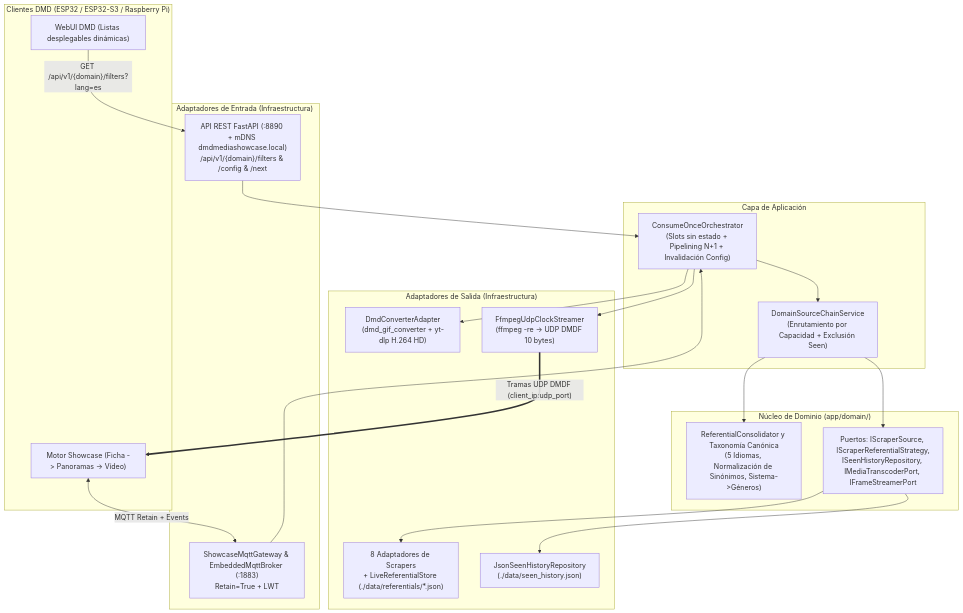
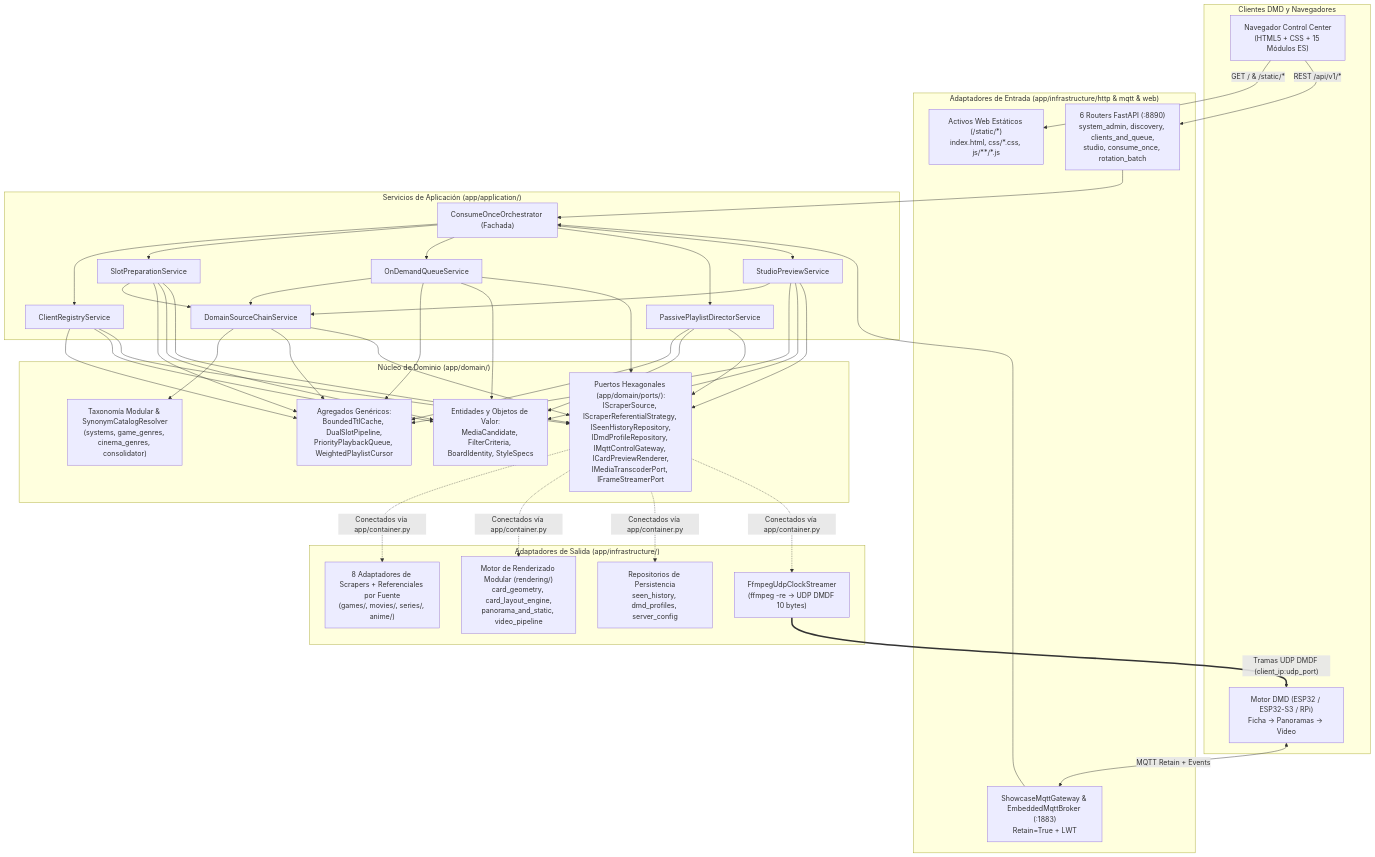
The diagram in docs/ARCHITECTURE_ES.md (red77290/dmd_media_showcase), drawn with Mermaid before and after one commit. The commit also changed other lines of this file and 109 other files, not shown here.

````diff
--- a/docs/ARCHITECTURE_ES.md
+++ b/docs/ARCHITECTURE_ES.md
@@ -12,42 +18,49 @@
 ```mermaid
 flowchart TD
-    subgraph DMD["Clientes DMD (ESP32 / ESP32-S3 / Raspberry Pi)"]
-        WUI["WebUI DMD (Listas desplegables dinámicas)"]
-        ENG["Motor Showcase (Ficha -> Panoramas -> Vídeo)"]
+    subgraph DMD["Clientes DMD y Navegadores"]
+        BROWSER["Navegador Control Center\n(HTML5 + CSS + 15 Módulos ES)"]
+        ENG["Motor DMD (ESP32 / ESP32-S3 / RPi)\nFicha -> Panoramas -> Vídeo"]
     end
 
-    subgraph INFRA_IN["Adaptadores de Entrada (Infraestructura)"]
-        HTTP["API REST FastAPI (:8890 + mDNS dmdmediashowcase.local)\n/api/v1/{domain}/filters & /config & /next"]
+    subgraph INFRA_IN["Adaptadores de Entrada (app/infrastructure/http & mqtt & web)"]
+        ROUTERS["6 Routers FastAPI (:8890)\nsystem_admin, discovery, clients_and_queue,\nstudio, consume_once, rotation_batch"]
+        STATIC["Activos Web Estáticos (/static/*)\nindex.html, css/*.css, js/**/*.js"]
         MQTT["ShowcaseMqttGateway & EmbeddedMqttBroker (:1883)\nRetain=True + LWT"]
     end
 
-    subgraph APP["Capa de Aplicación"]
-        ORCH["ConsumeOnceOrchestrator\n(Slots sin estado + Pipelining N+1 + Invalidación Config)"]
-        CHAIN["DomainSourceChainService\n(Enrutamiento por Capacidad + Exclusión Seen)"]
+    subgraph APP["Servicios de Aplicación (app/application/)"]
+        ORCH["ConsumeOnceOrchestrator (Fachada)"]
+        REG_SVC["ClientRegistryService"]
+        PREP_SVC["SlotPreparationService"]
+        QUEUE_SVC["OnDemandQueueService"]
+        DIR_SVC["PassivePlaylistDirectorService"]
+        STUDIO_SVC["StudioPreviewService"]
+        CHAIN["DomainSourceChainService"]
     end
 
     subgraph DOMAIN["Núcleo de Dominio (app/domain/)"]
-        TAX["ReferentialConsolidator y Taxonomía Canónica\n(5 Idiomas, Normalización de Sinónimos, Sistema->Géneros)"]
-        PORTS["Puertos: IScraperSource, IScraperReferentialStrategy,\nISeenHistoryRepository, IMediaTranscoderPort, IFrameStreamerPort"]
+        AGG["Agregados Genéricos:\nBoundedTtlCache, DualSlotPipeline,\nPriorityPlaybackQueue, WeightedPlaylistCursor"]
+        TAX["Taxonomía Modular & SynonymCatalogResolver\n(systems, game_genres, cinema_genres, consolidator)"]
+        VO["Entidades y Objetos de Valor:\nMediaCandidate, FilterCriteria, BoardIdentity, StyleSpecs"]
+        PORTS["Puertos Hexagonales (app/domain/ports/):\nIScraperSource, IScraperReferentialStrategy, ISeenHistoryRepository,\nIDmdProfileRepository, IMqttControlGateway, ICardPreviewRenderer,\nIMediaTranscoderPort, IFrameStreamerPort"]
     end
 
-    subgraph INFRA_OUT["Adaptadores de Salida (Infraestructura)"]
-        SCRAPERS["8 Adaptadores de Scrapers\n+ LiveReferentialStore (./data/referentials/*.json)"]
-        SEEN["JsonSeenHistoryRepository\n(./data/seen_history.json)"]
-        CONV["DmdConverterAdapter\n(dmd_gif_converter + yt-dlp H.264 HD)"]
+    subgraph INFRA_OUT["Adaptadores de Salida (app/infrastructure/)"]
+        SCRAPERS["8 Adaptadores de Scrapers + Referenciales por Fuente\n(games/, movies/, series/, anime/)"]
+        RENDER["Motor de Renderizado Modular (rendering/)\ncard_geometry, card_layout_engine,\npanorama_and_static, video_pipeline"]
+        PERSIST["Repositorios de Persistencia\nseen_history, dmd_profiles, server_config"]
         UDP["FfmpegUdpClockStreamer\n(ffmpeg -re -> UDP DMDF 10 bytes)"]
     end
 
-    WUI -->|"GET /api/v1/{domain}/filters?lang=es"| HTTP
+    BROWSER -->|"GET / & /static/*"| STATIC
+    BROWSER -->|"REST /api/v1/*"| ROUTERS
     ENG <-->|"MQTT Retain + Events"| MQTT
-    HTTP --> ORCH
+    ROUTERS --> ORCH
     MQTT --> ORCH
-    ORCH --> CHAIN
-    ORCH --> CONV
-    ORCH --> UDP
-    CHAIN --> TAX
-    CHAIN --> PORTS
-    PORTS --> SCRAPERS
-    PORTS --> SEEN
+    ORCH --> REG_SVC & PREP_SVC & QUEUE_SVC & DIR_SVC & STUDIO_SVC
+    PREP_SVC & QUEUE_SVC & STUDIO_SVC --> CHAIN
+    REG_SVC & PREP_SVC & QUEUE_SVC & DIR_SVC & STUDIO_SVC --> AGG & VO & PORTS
+    CHAIN --> TAX & AGG & PORTS
+    PORTS -.->|"Conectados vía app/container.py"| SCRAPERS & RENDER & PERSIST & UDP
     UDP ==>|"Tramas UDP DMDF (client_ip:udp_port)"| ENG
 ```
````
